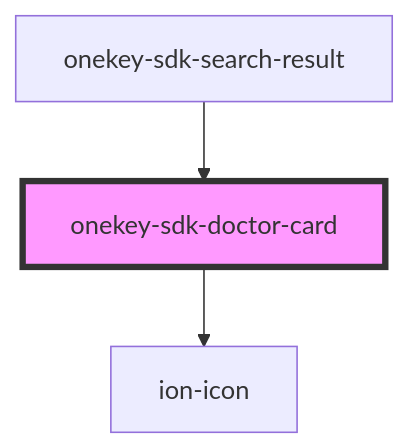
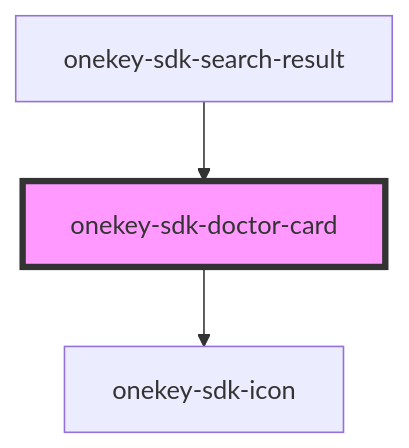
One commit to hcl-sdk/HealthCareLocatorWebSDK changed the diagram in packages/onekey-sdk-core-ui/docs/components/ui-kits/onekey-sdk-doctor-card/readme.md. Above: the diagram before and after it, drawn with Mermaid. The commit also changed other lines of this file and 42 other files, not shown here.

````diff
--- a/packages/onekey-sdk-core-ui/docs/components/ui-kits/onekey-sdk-doctor-card/readme.md
+++ b/packages/onekey-sdk-core-ui/docs/components/ui-kits/onekey-sdk-doctor-card/readme.md
@@ -31,6 +31,6 @@
 ```mermaid
 graph TD;
-  onekey-sdk-doctor-card --> ion-icon
+  onekey-sdk-doctor-card --> onekey-sdk-icon
   onekey-sdk-search-result --> onekey-sdk-doctor-card
   style onekey-sdk-doctor-card fill:#f9f,stroke:#333,stroke-width:4px
 ```
````
